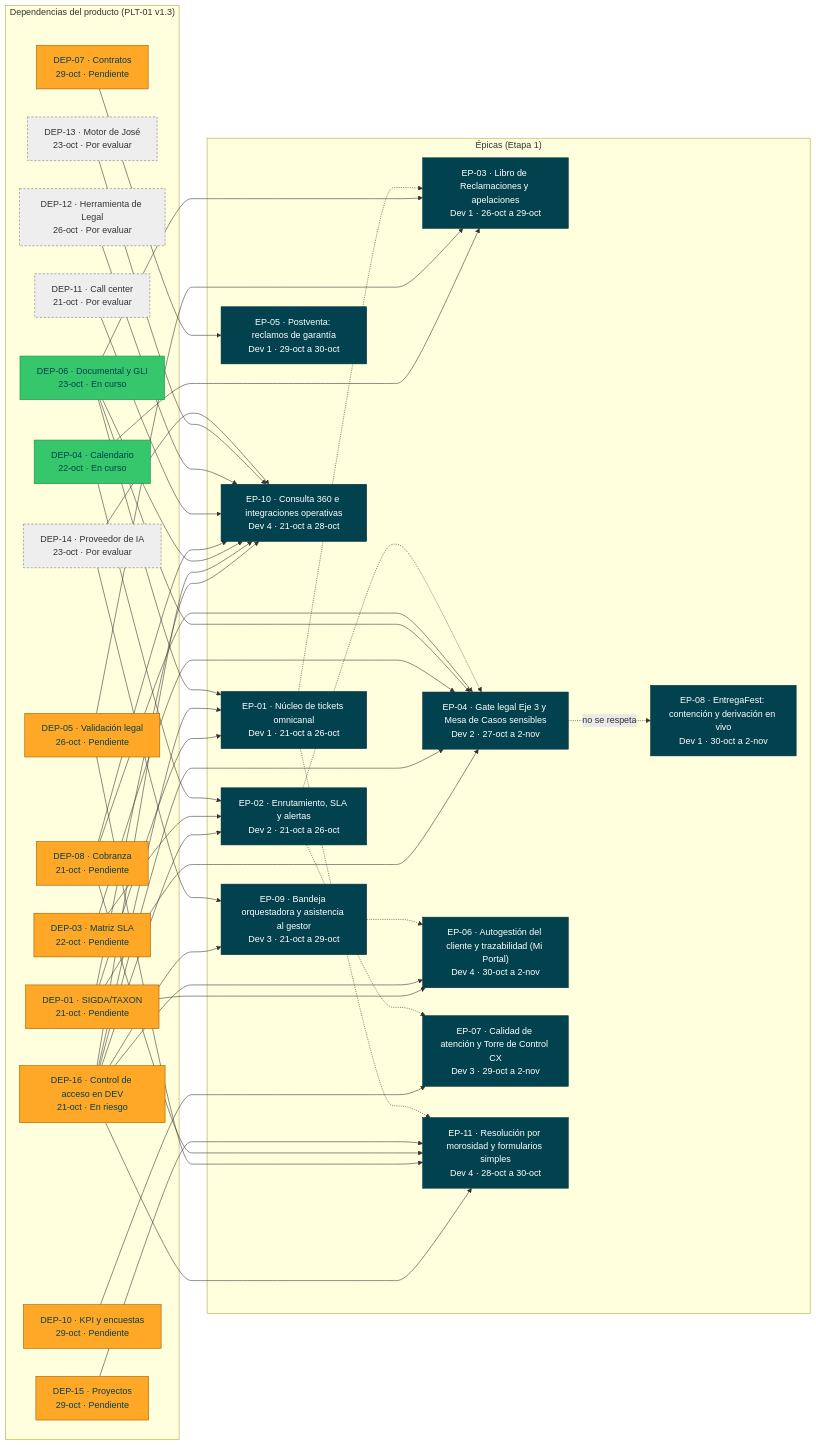
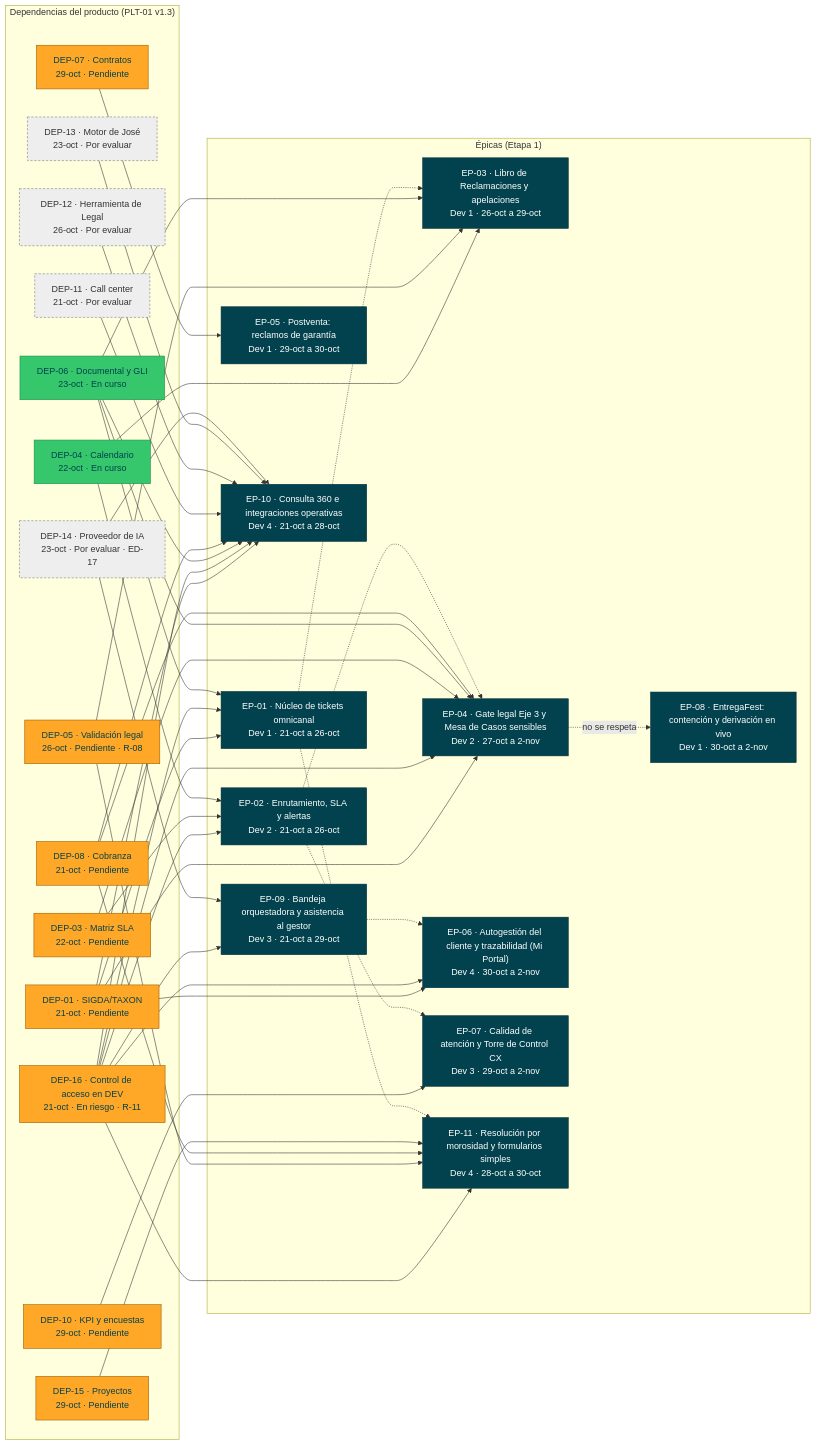
Before and after one commit to michel-poma-huachihuaco/tyc-mockup: the diagram in propuesta-po/documentacion/paquete-definir-etapa1-v1.3/roadmap/RMP-001-roadmap-aybar-atiende.md, drawn with Mermaid. The commit also changed other lines of this file and 69 other files, not shown here.

```diff
--- a/propuesta-po/documentacion/paquete-definir-etapa1-v1.3/roadmap/RMP-001-roadmap-aybar-atiende.md
+++ b/propuesta-po/documentacion/paquete-definir-etapa1-v1.3/roadmap/RMP-001-roadmap-aybar-atiende.md
@@ -148,10 +150,10 @@
 flowchart LR
   subgraph Deps["Dependencias del producto (PLT-01 v1.3)"]
     DEP01["DEP-01 · SIGDA/TAXON<br/>21-oct · Pendiente"]
-    DEP16["DEP-16 · Control de acceso en DEV<br/>21-oct · En riesgo"]
+    DEP16["DEP-16 · Control de acceso en DEV<br/>21-oct · En riesgo · R-11"]
     DEP03["DEP-03 · Matriz SLA<br/>22-oct · Pendiente"]
     DEP04["DEP-04 · Calendario<br/>22-oct · En curso"]
-    DEP05["DEP-05 · Validación legal<br/>26-oct · Pendiente"]
+    DEP05["DEP-05 · Validación legal<br/>26-oct · Pendiente · R-08"]
     DEP06["DEP-06 · Documental y GLI<br/>23-oct · En curso"]
     DEP07["DEP-07 · Contratos<br/>29-oct · Pendiente"]
     DEP08["DEP-08 · Cobranza<br/>21-oct · Pendiente"]
@@ -159,7 +161,7 @@
     DEP11["DEP-11 · Call center<br/>21-oct · Por evaluar"]
     DEP12["DEP-12 · Herramienta de Legal<br/>26-oct · Por evaluar"]
     DEP13["DEP-13 · Motor de José<br/>23-oct · Por evaluar"]
-    DEP14["DEP-14 · Proveedor de IA<br/>23-oct · Por evaluar"]
+    DEP14["DEP-14 · Proveedor de IA<br/>23-oct · Por evaluar · ED-17"]
     DEP15["DEP-15 · Proyectos<br/>29-oct · Pendiente"]
   end
   subgraph Epicas["Épicas (Etapa 1)"]
```
